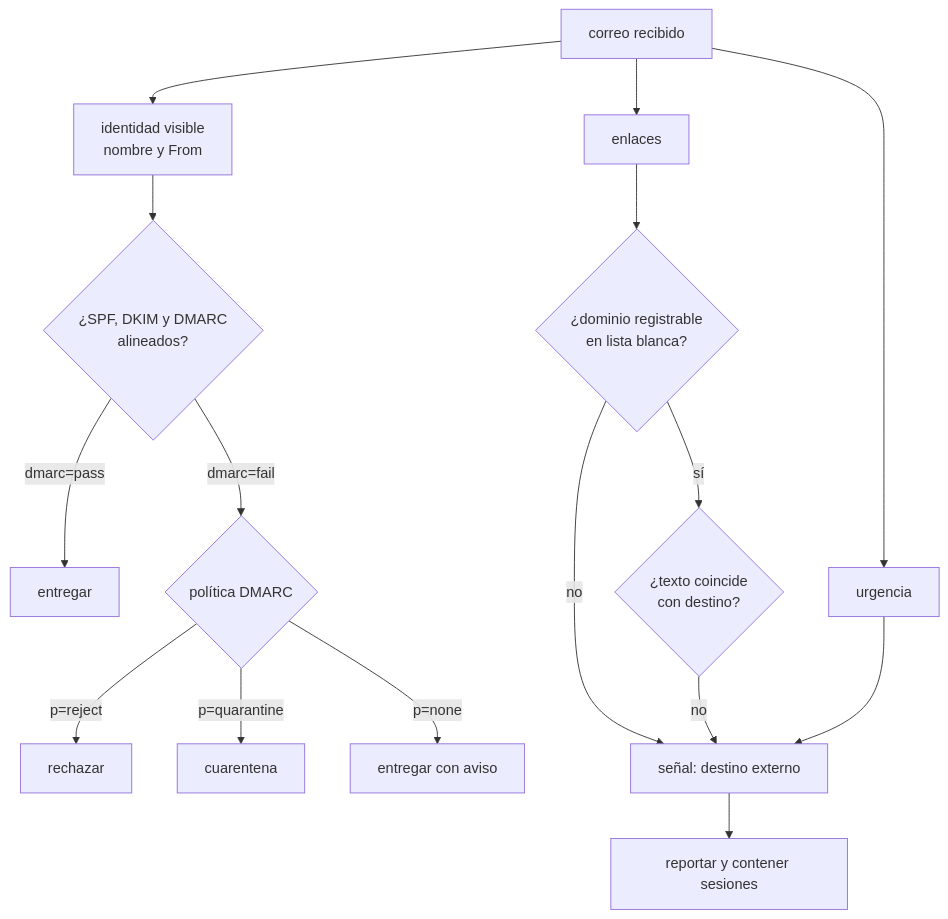
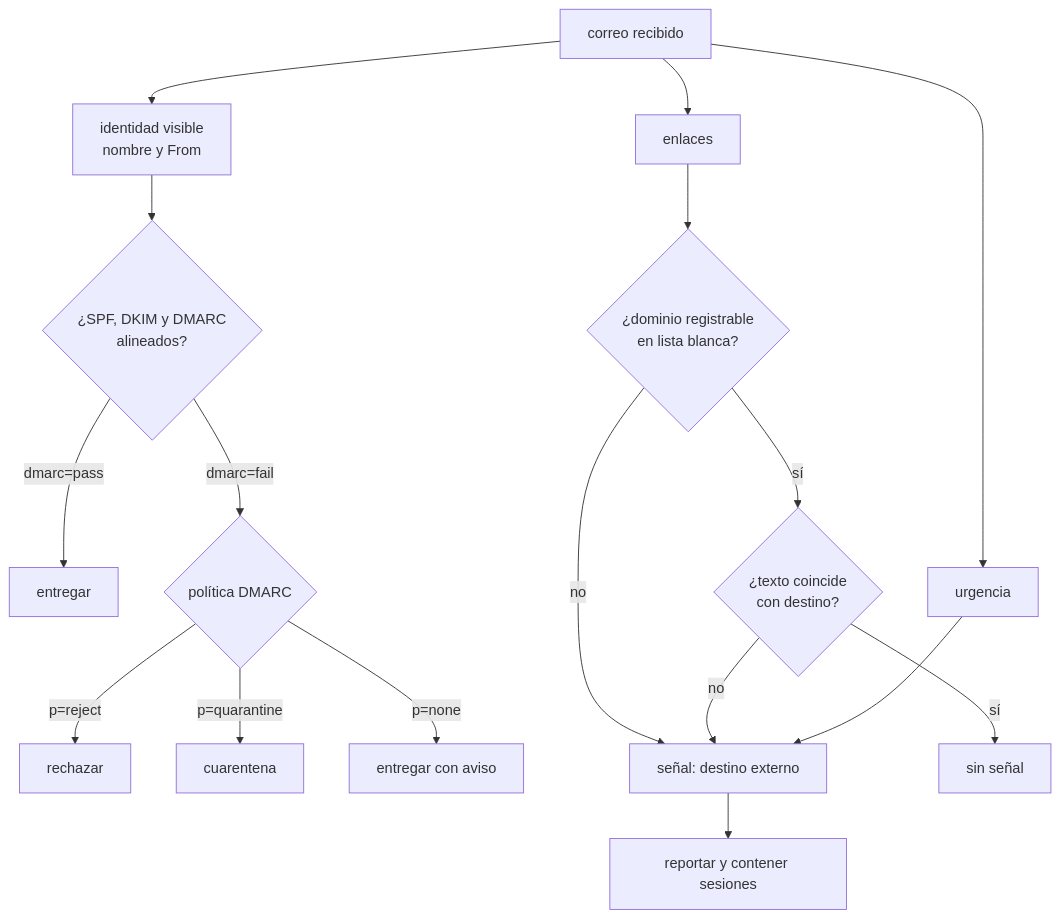
The fifth of 5 diagrams in web/public/content/foundations/modulo-6.md (NICORUIZ93/The_Imperial_Book), drawn with Mermaid before and after one commit. The commit also changed 22 other files, not shown here.

First line of the commit message:
fix(diagrams): corregir decisiones sin rama y duplicados genéricos

````diff
--- a/web/public/content/foundations/modulo-6.md
+++ b/web/public/content/foundations/modulo-6.md
@@ -1240,17 +1240,18 @@
 ```mermaid
 flowchart TD
     C["correo recibido"] --> ID["identidad visible<br/>nombre y From"]
     ID --> AUTH{"¿SPF, DKIM y DMARC<br/>alineados?"}
     AUTH -->|"dmarc=pass"| OK["entregar"]
     AUTH -->|"dmarc=fail"| POL{"política DMARC"}
     POL -->|"p=reject"| REJ["rechazar"]
     POL -->|"p=quarantine"| Q["cuarentena"]
     POL -->|"p=none"| WARN["entregar con aviso"]
     C --> URL["enlaces"]
     URL --> REG{"¿dominio registrable<br/>en lista blanca?"}
     REG -->|"no"| ALERT["señal: destino externo"]
     REG -->|"sí"| TEXT{"¿texto coincide<br/>con destino?"}
     TEXT -->|"no"| ALERT
+    TEXT -->|"sí"| CLEAN["sin señal"]
     C --> URG["urgencia"] --> ALERT
     ALERT --> REP["reportar y contener sesiones"]
 ```
````
